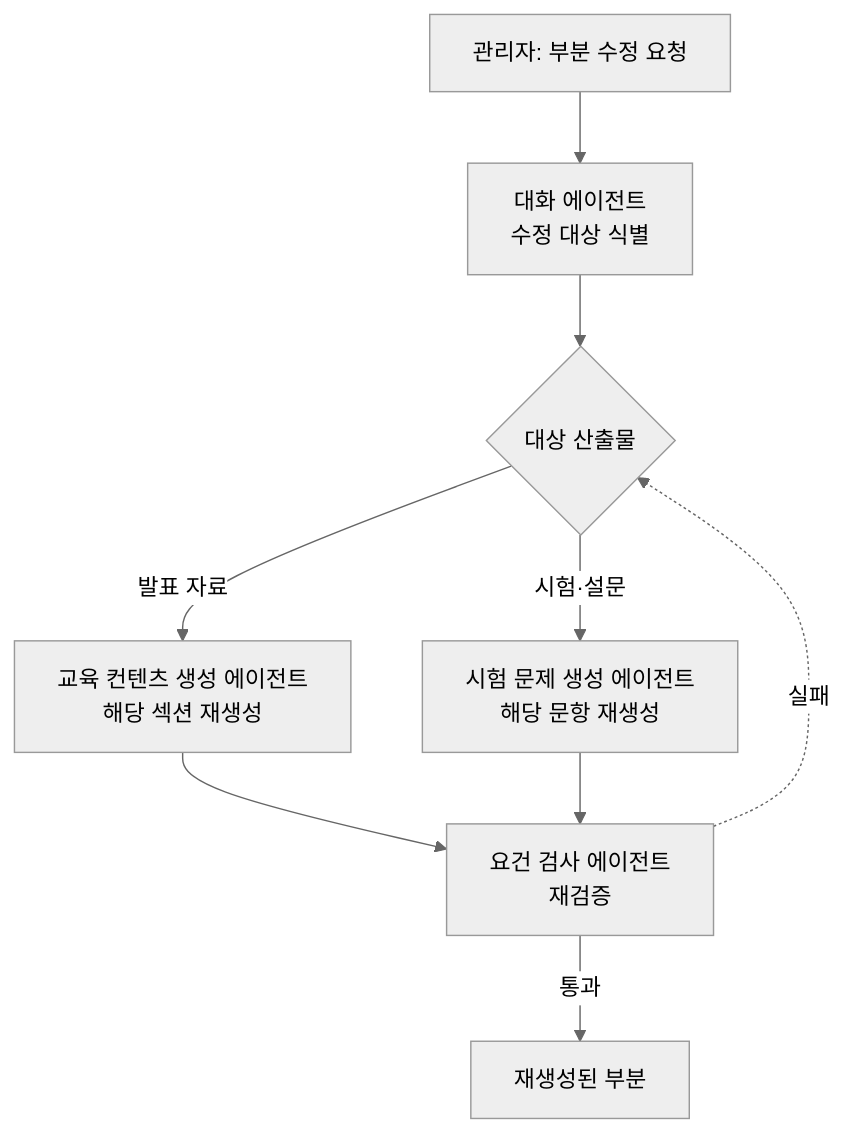
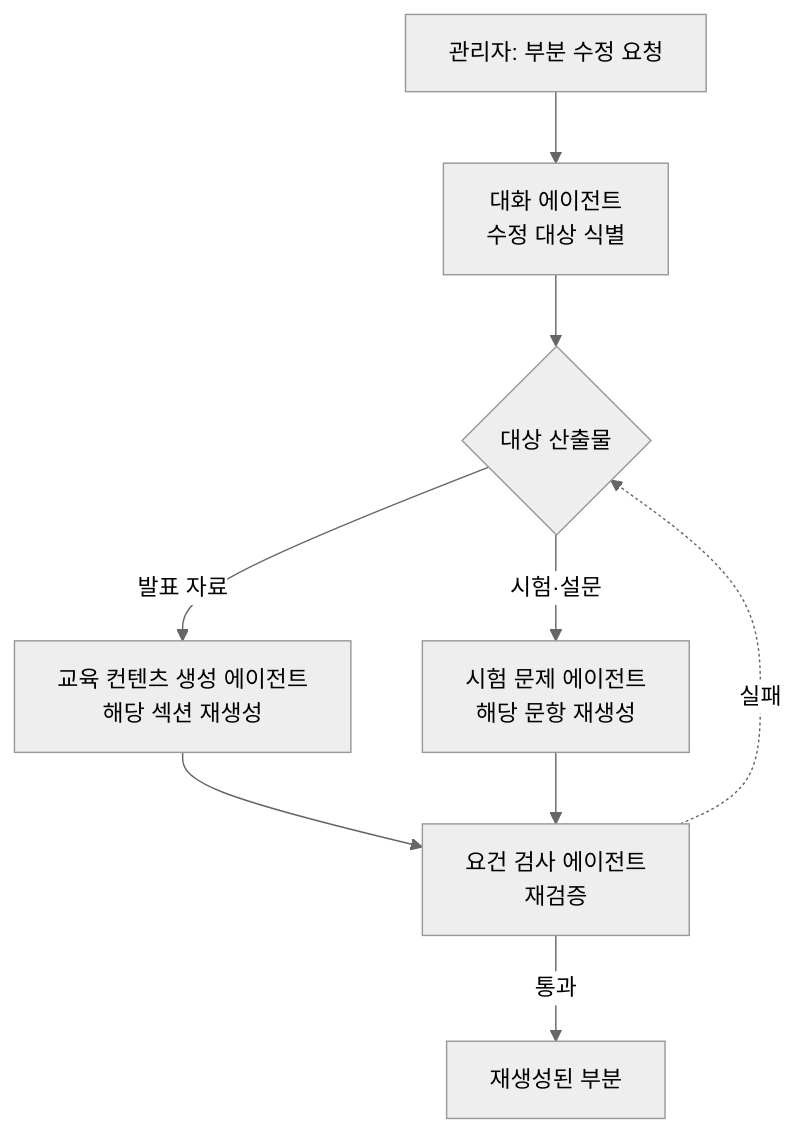
One commit to Doc-AI-Agent-development/Doc-AI-Agent-development.github.io changed the diagram in docs/scenarios/revision.md. Above: the diagram before and after it, drawn with Mermaid (neutral theme). The commit also changed other lines of this file and 3 other files, not shown here.

First line of the commit message:
Align exam agent references to 시험 문제 에이전트

````diff
--- a/docs/scenarios/revision.md
+++ b/docs/scenarios/revision.md
@@ -26,11 +26,11 @@
 ```mermaid
 flowchart TD
     REQ["관리자: 부분 수정 요청"] --> ID["대화 에이전트<br/>수정 대상 식별"]
     ID --> WHICH{"대상 산출물"}
     WHICH -->|"발표 자료"| GEN["교육 컨텐츠 생성 에이전트<br/>해당 섹션 재생성"]
-    WHICH -->|"시험·설문"| EXAM["시험 문제 생성 에이전트<br/>해당 문항 재생성"]
+    WHICH -->|"시험·설문"| EXAM["시험 문제 에이전트<br/>해당 문항 재생성"]
     GEN --> CHK["요건 검사 에이전트<br/>재검증"]
     EXAM --> CHK
     CHK -->|"통과"| DONE["재생성된 부분"]
     CHK -.->|"실패"| WHICH
 ```
````
